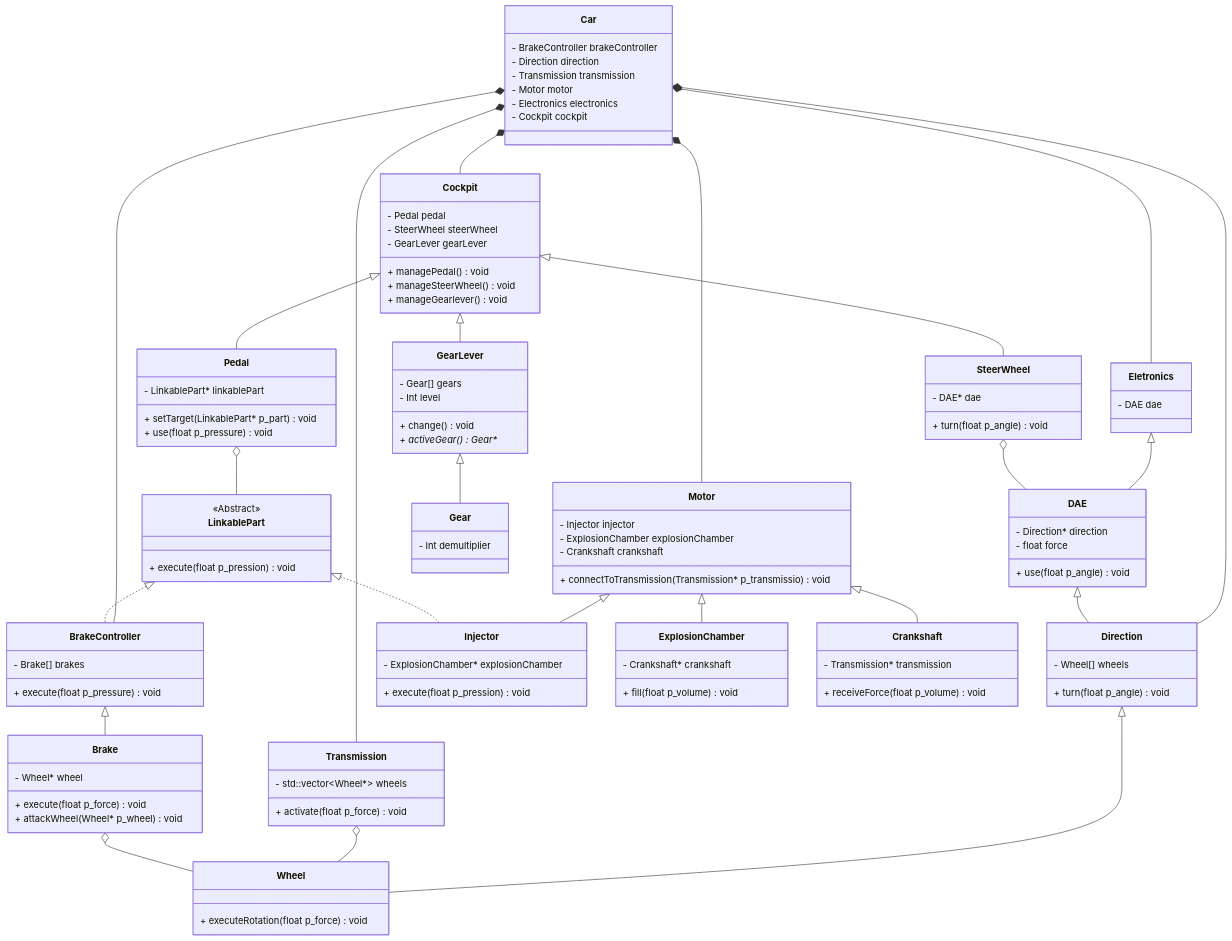
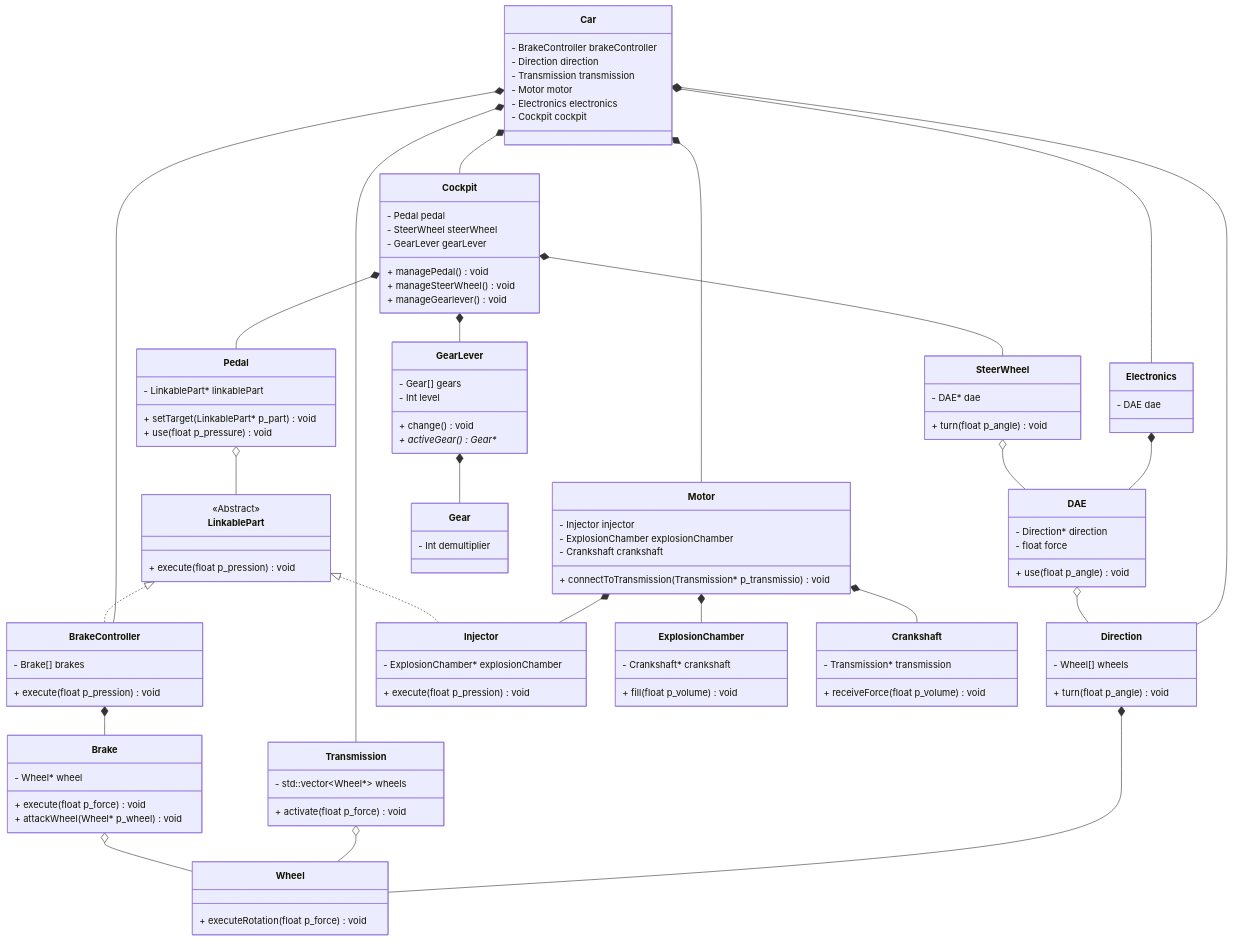
The diagram in Module02/subject.md (micas2002/object-piscine), drawn with Mermaid before and after one commit.

Commit message:
relations between classes seem fixed

```diff
--- a/Module02/subject.md
+++ b/Module02/subject.md
@@ -4,7 +4,7 @@
 	Car *-- Direction
 	Car *-- Transmission
 	Car *-- Motor
-	Car *-- Eletronics
+	Car *-- Electronics
 	Car *-- Cockpit
 	class Car {
 		- BrakeController brakeController
@@ -15,7 +15,7 @@
 		- Cockpit cockpit
 	}
 
-	Direction <|-- Wheel
+	Direction *-- Wheel
 	class Direction {
 		- Wheel[] wheels
 
@@ -29,9 +29,9 @@
 		+ activate(float p_force) void
 	}
 
-	Motor <|-- Injector
-	Motor <|-- ExplosionChamber
-	Motor <|-- Crankshaft
+	Motor *-- Injector
+	Motor *-- ExplosionChamber
+	Motor *-- Crankshaft
 	class Motor {
 		- Injector injector
 		- ExplosionChamber explosionChamber
@@ -58,12 +58,12 @@
 		+ receiveForce(float p_volume) void
 	}
 
-	Eletronics <|-- DAE
-	class Eletronics {
+	Electronics *-- DAE
+	class Electronics {
 		- DAE dae
 	}
 
-	DAE <|-- Direction
+	DAE o-- Direction
 	class DAE {
 		- Direction* direction
 		- float force
@@ -71,9 +71,9 @@
 		+ use(float p_angle) void
 	}
 
-	Cockpit <|-- Pedal
-	Cockpit <|-- SteerWheel
-	Cockpit <|-- GearLever
+	Cockpit *-- Pedal
+	Cockpit *-- SteerWheel
+	Cockpit *-- GearLever
 	class Cockpit {
 		- Pedal pedal
 		- SteerWheel steerWheel
@@ -92,11 +92,11 @@
 		+ use(float p_pressure) void
 	}
 
-	BrakeController <|-- Brake
+	BrakeController *-- Brake
 	class BrakeController {
 		- Brake[] brakes
 
-		+ execute(float p_pressure) void
+		+ execute(float p_pression) void
 	}
 
 	Brake o-- Wheel
@@ -118,7 +118,7 @@
 		+ turn(float p_angle) void
 	}
 
-	GearLever <|-- Gear
+	GearLever *-- Gear
 	class GearLever {
 		- Gear[] gears
 		- Int level
```
